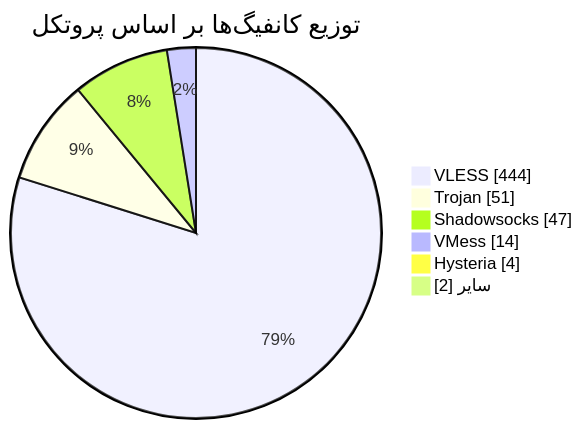
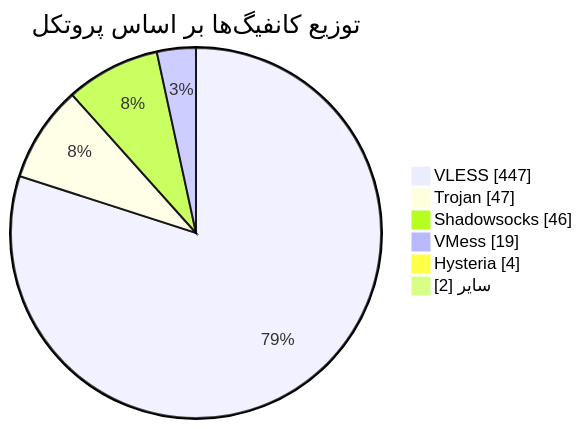
One commit to Arian-Alijani/Somthing changed the diagram in README.md. Above: the diagram before and after it, drawn with Mermaid. The commit also changed other lines of this file and 75 other files, not shown here.

````diff
--- a/README.md
+++ b/README.md
@@ -48,10 +48,10 @@
 ```mermaid
 pie showData
     title توزیع کانفیگ‌ها بر اساس پروتکل
-    "VLESS" : 444
-    "Trojan" : 51
-    "Shadowsocks" : 47
-    "VMess" : 14
+    "VLESS" : 447
+    "Trojan" : 47
+    "Shadowsocks" : 46
+    "VMess" : 19
     "Hysteria" : 4
     "سایر" : 2
 ```
````
